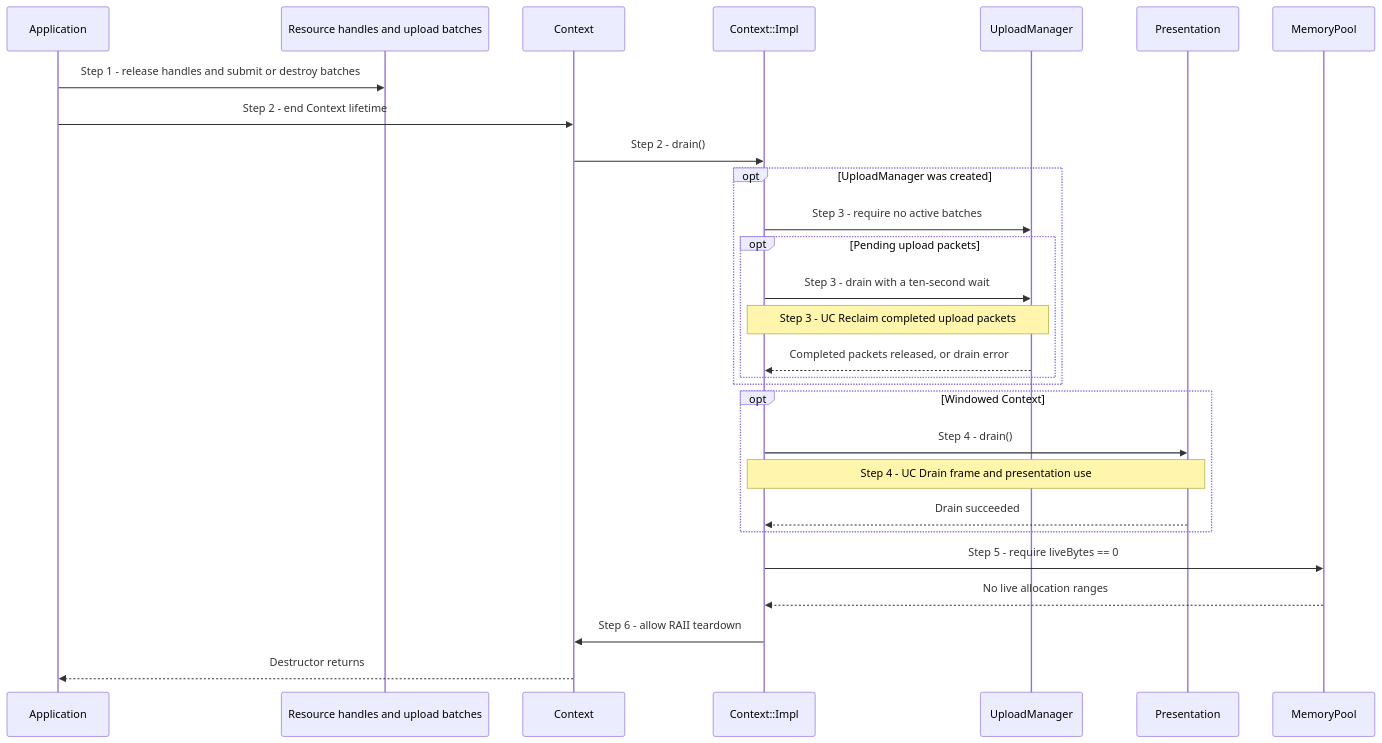
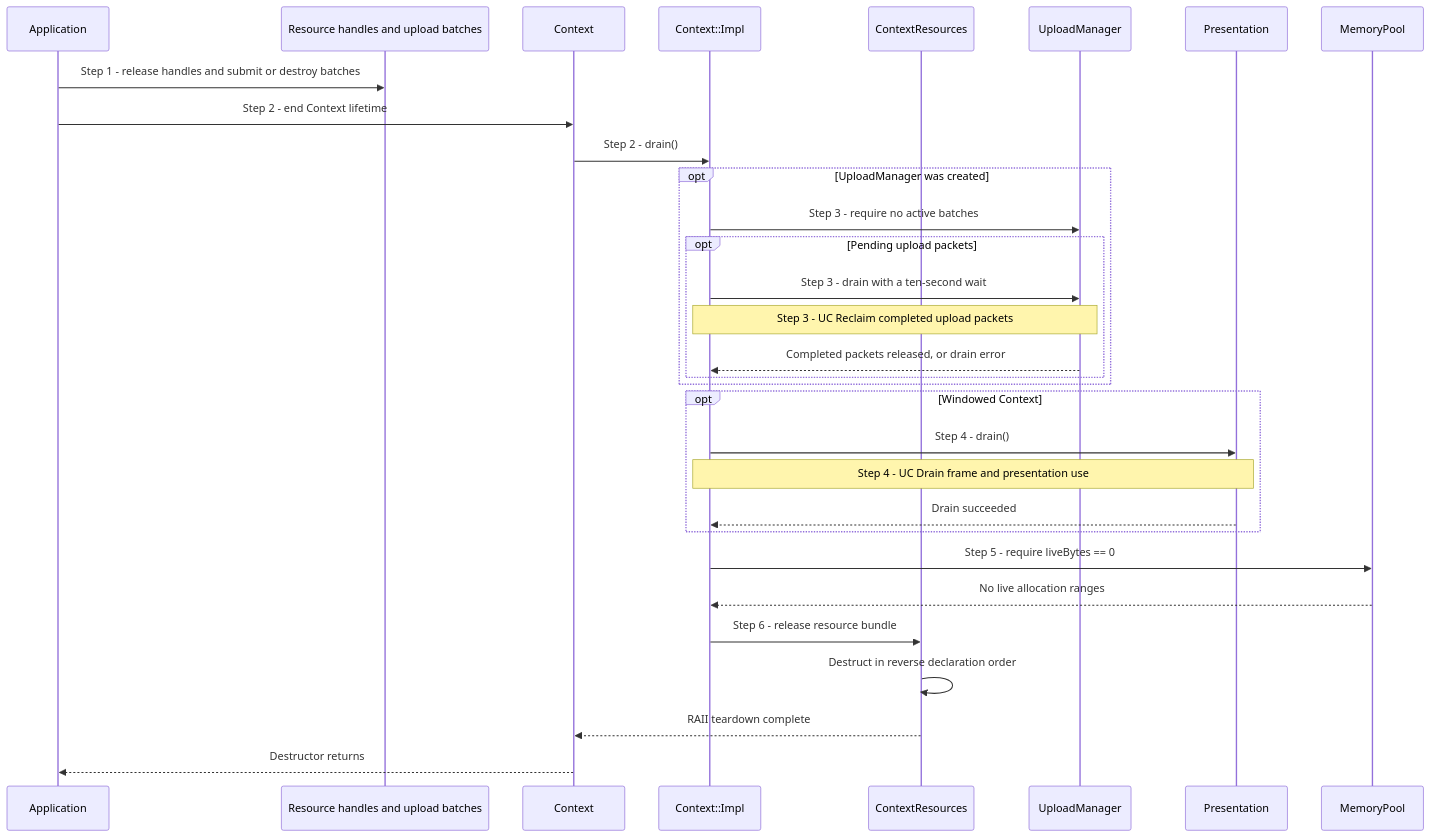
One commit to a-soltysik/Panda changed the diagram in docs/use-cases/shutdown-context.md. Above: the diagram before and after it, drawn with Mermaid. The commit also changed other lines of this file and 11 other files, not shown here.

````diff
--- a/docs/use-cases/shutdown-context.md
+++ b/docs/use-cases/shutdown-context.md
@@ -49,30 +51,33 @@
 ```mermaid
 sequenceDiagram
     participant A as Application
     participant H as Resource handles and upload batches
     participant C as Context
     participant I as Context::Impl
+    participant R as ContextResources
     participant U as UploadManager
     participant P as Presentation
     participant M as MemoryPool
     A->>H: Step 1 - release handles and submit or destroy batches
     A->>C: Step 2 - end Context lifetime
     C->>I: Step 2 - drain()
     opt UploadManager was created
         I->>U: Step 3 - require no active batches
         opt Pending upload packets
             I->>U: Step 3 - drain with a ten-second wait
             Note over I,U: Step 3 - UC Reclaim completed upload packets
             U-->>I: Completed packets released, or drain error
         end
     end
     opt Windowed Context
         I->>P: Step 4 - drain()
         Note over I,P: Step 4 - UC Drain frame and presentation use
         P-->>I: Drain succeeded
     end
     I->>M: Step 5 - require liveBytes == 0
     M-->>I: No live allocation ranges
-    I->>C: Step 6 - allow RAII teardown
+    I->>R: Step 6 - release resource bundle
+    R->>R: Destruct in reverse declaration order
+    R-->>C: RAII teardown complete
     C-->>A: Destructor returns
 ```
````
